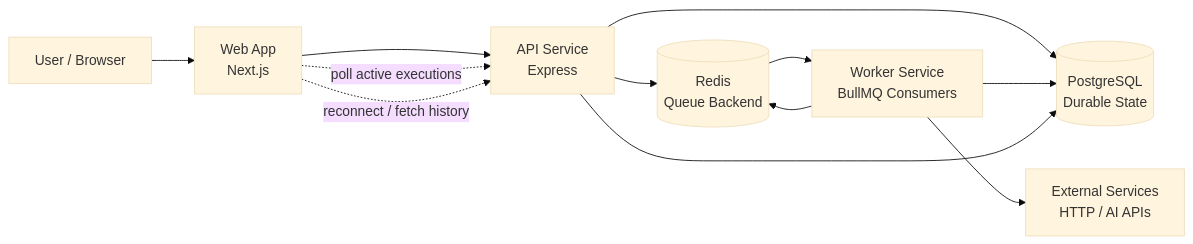
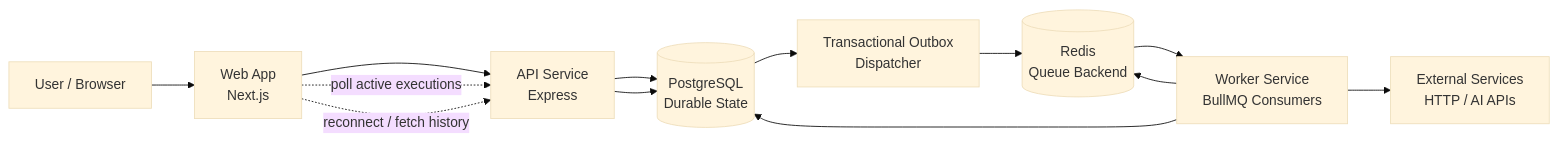
The diagram in docs/architecture/high-level-architecture.md (m-anas-3/ExecLoom), drawn with Mermaid (base theme) before and after one commit. The commit also changed other lines of this file and 38 other files, not shown here.

````diff
--- a/docs/architecture/high-level-architecture.md
+++ b/docs/architecture/high-level-architecture.md
@@ -7,25 +7,27 @@
 ```mermaid
 flowchart LR
   User[User / Browser]
   Web[Web App<br/>Next.js]
   API[API Service<br/>Express]
   DB[(PostgreSQL<br/>Durable State)]
+  Dispatcher[Transactional Outbox<br/>Dispatcher]
   Redis[(Redis<br/>Queue Backend)]
   Worker[Worker Service<br/>BullMQ Consumers]
   External[External Services<br/>HTTP / AI APIs]
 
   User --> Web
   Web --> API
 
   API --> DB
-  API --> Redis
+  DB --> Dispatcher
+  Dispatcher --> Redis
 
   Redis --> Worker
   Worker --> DB
   Worker --> External
   Worker --> Redis
 
   Web -. poll active executions .-> API
   Web -. reconnect / fetch history .-> API
   API --> DB
 ```
````
